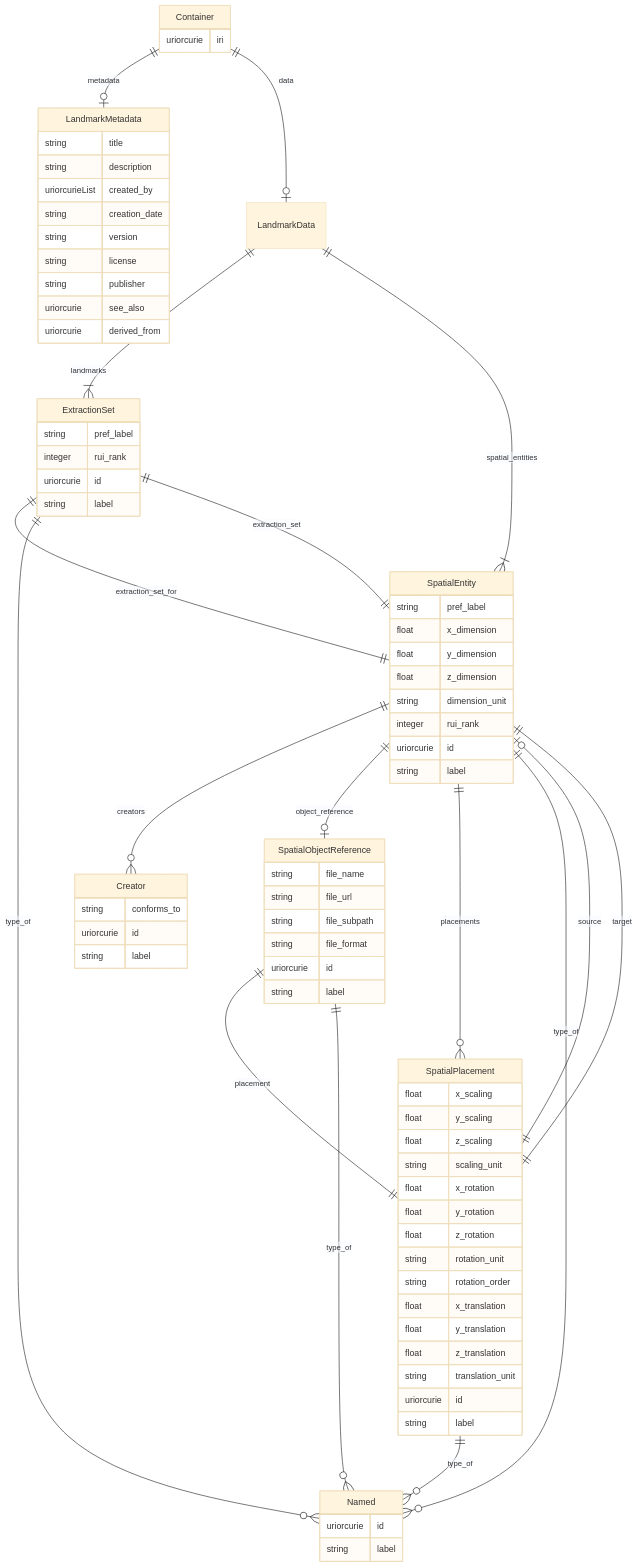
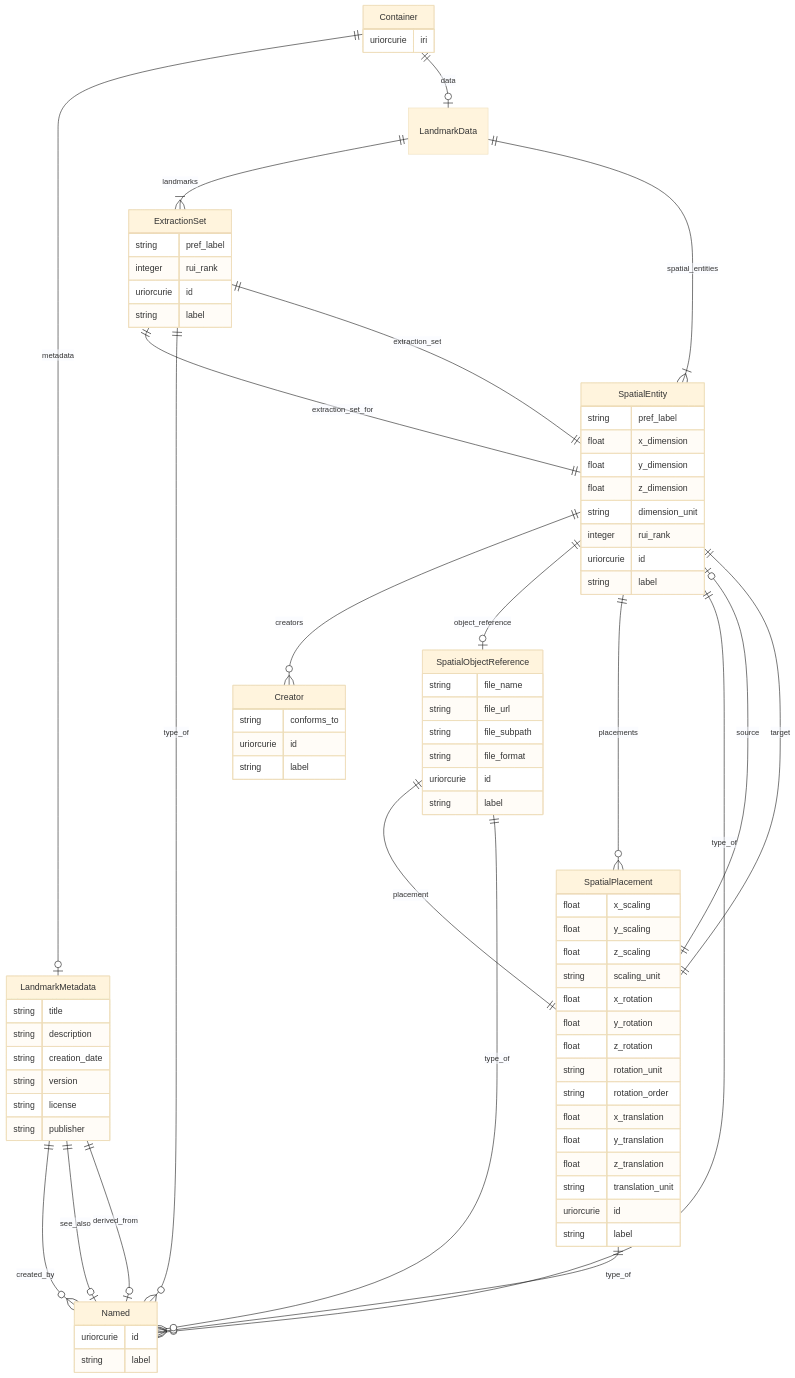
One commit to hubmapconsortium/hra-do-processor changed diagram 12 of 18 in er-diagrams.md. Above: the diagram before and after it, drawn with Mermaid (base theme). The commit also changed other lines of this file and 26 other files, not shown here.

````diff
--- a/er-diagrams.md
+++ b/er-diagrams.md
@@ -847,13 +859,10 @@
 LandmarkMetadata {
     string title  
     string description  
-    uriorcurieList created_by  
     string creation_date  
     string version  
     string license  
     string publisher  
-    uriorcurie see_also  
-    uriorcurie derived_from  
 }
 
 Container ||--|o LandmarkMetadata : "metadata"
@@ -872,5 +881,8 @@
 SpatialPlacement ||--}o Named : "type_of"
 SpatialObjectReference ||--|| SpatialPlacement : "placement"
 SpatialObjectReference ||--}o Named : "type_of"
+LandmarkMetadata ||--}o Named : "created_by"
+LandmarkMetadata ||--|o Named : "see_also"
+LandmarkMetadata ||--|o Named : "derived_from"
 
 ```
````
